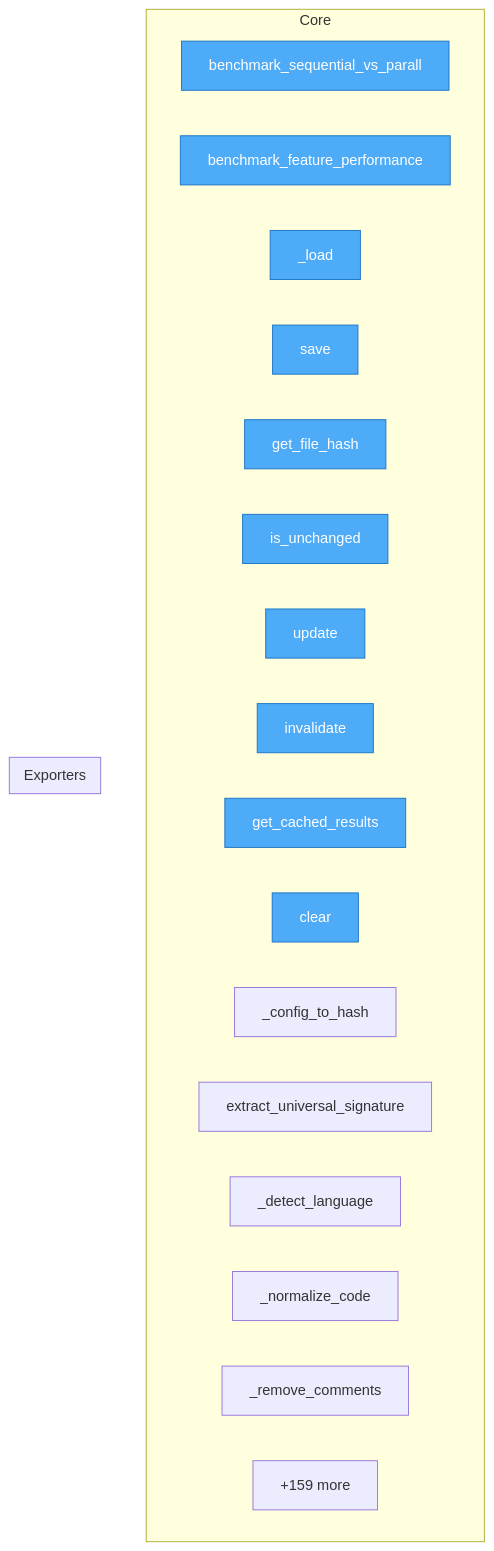
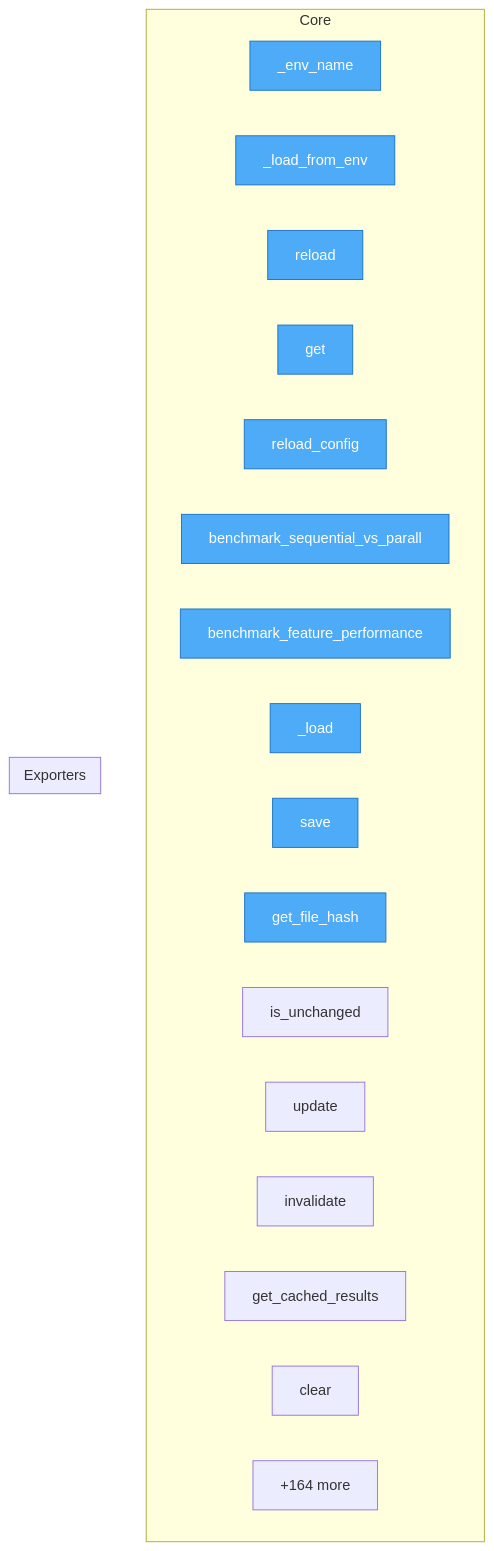
Before and after one commit to semcod/redup: the diagram in project/flow.mmd, drawn with Mermaid. The commit also changed 21 other files, not shown here.

```diff
--- a/project/flow.mmd
+++ b/project/flow.mmd
@@ -1,28 +1,28 @@
 flowchart TD
 
     %% Entry points (blue)
     classDef entry fill:#4dabf7,stroke:#1971c2,color:#fff
 
     subgraph Core
+        src__redup__config__RedupConfig___env_name["_env_name"]
+        src__redup__config__RedupConfig___load_from_env["_load_from_env"]
+        src__redup__config__RedupConfig__reload["reload"]
+        src__redup__config__RedupConfig__get["get"]
+        src__redup__config__reload_config["reload_config"]
         benchmark__benchmark_sequential_vs_parallel["benchmark_sequential_vs_parall"]
         benchmark__benchmark_feature_performance["benchmark_feature_performance"]
         src__redup__core__hash_cache__HashCache___load["_load"]
         src__redup__core__hash_cache__HashCache__save["save"]
         src__redup__core__hash_cache__HashCache__get_file_hash["get_file_hash"]
         src__redup__core__hash_cache__HashCache__is_unchanged["is_unchanged"]
         src__redup__core__hash_cache__HashCache__update["update"]
         src__redup__core__hash_cache__HashCache__invalidate["invalidate"]
         src__redup__core__hash_cache__HashCache__get_cached_results["get_cached_results"]
         src__redup__core__hash_cache__HashCache__clear["clear"]
-        src__redup__core__hash_cache___config_to_hash["_config_to_hash"]
-        src__UniversalFuzzyExtractor__extract_universal_signature["extract_universal_signature"]
-        src__UniversalFuzzyExtractor___detect_language["_detect_language"]
-        src__UniversalFuzzyExtractor___normalize_code["_normalize_code"]
-        src__UniversalFuzzyExtractor___remove_comments["_remove_comments"]
-        ...["+159 more"]
+        ...["+164 more"]
     end
 
     subgraph Exporters
     end
 
-    class benchmark__benchmark_sequential_vs_parallel,benchmark__benchmark_feature_performance,src__redup__core__hash_cache__HashCache___load,src__redup__core__hash_cache__HashCache__save,src__redup__core__hash_cache__HashCache__get_file_hash,src__redup__core__hash_cache__HashCache__is_unchanged,src__redup__core__hash_cache__HashCache__update,src__redup__core__hash_cache__HashCache__invalidate,src__redup__core__hash_cache__HashCache__get_cached_results,src__redup__core__hash_cache__HashCache__clear entry
+    class src__redup__config__RedupConfig___env_name,src__redup__config__RedupConfig___load_from_env,src__redup__config__RedupConfig__reload,src__redup__config__RedupConfig__get,src__redup__config__reload_config,benchmark__benchmark_sequential_vs_parallel,benchmark__benchmark_feature_performance,src__redup__core__hash_cache__HashCache___load,src__redup__core__hash_cache__HashCache__save,src__redup__core__hash_cache__HashCache__get_file_hash entry
```
